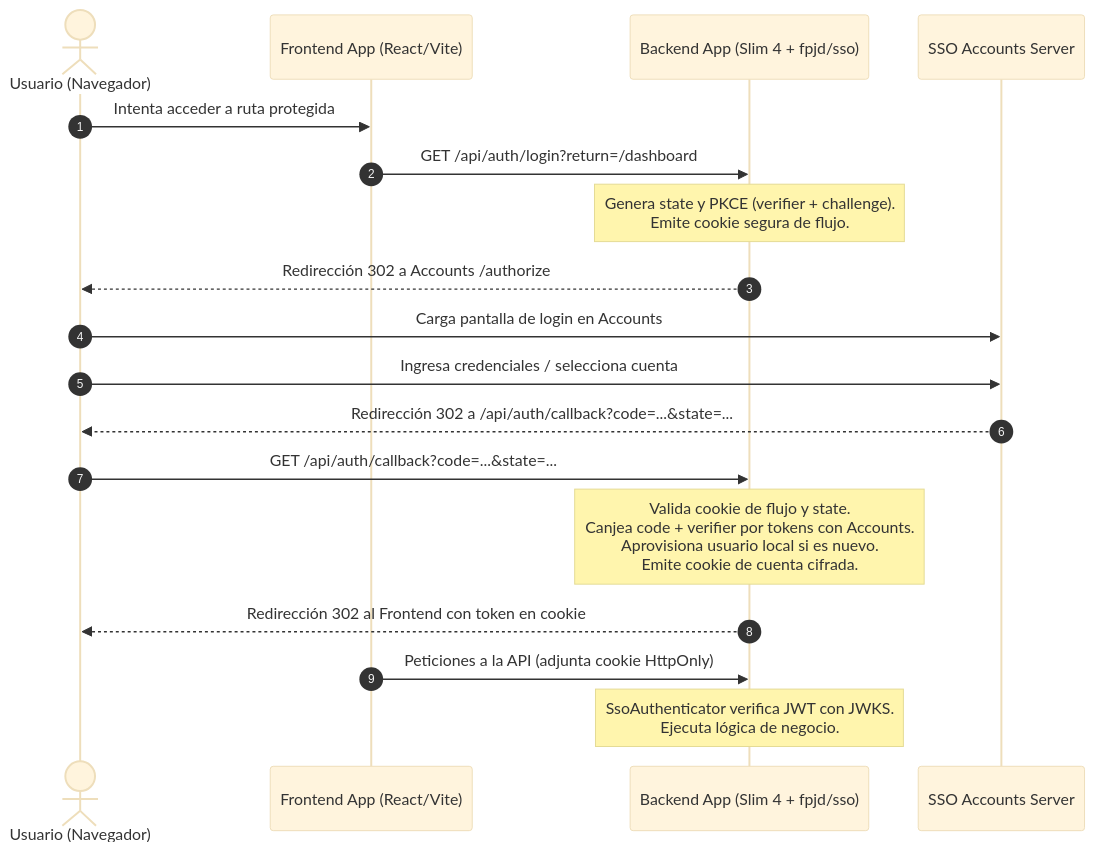
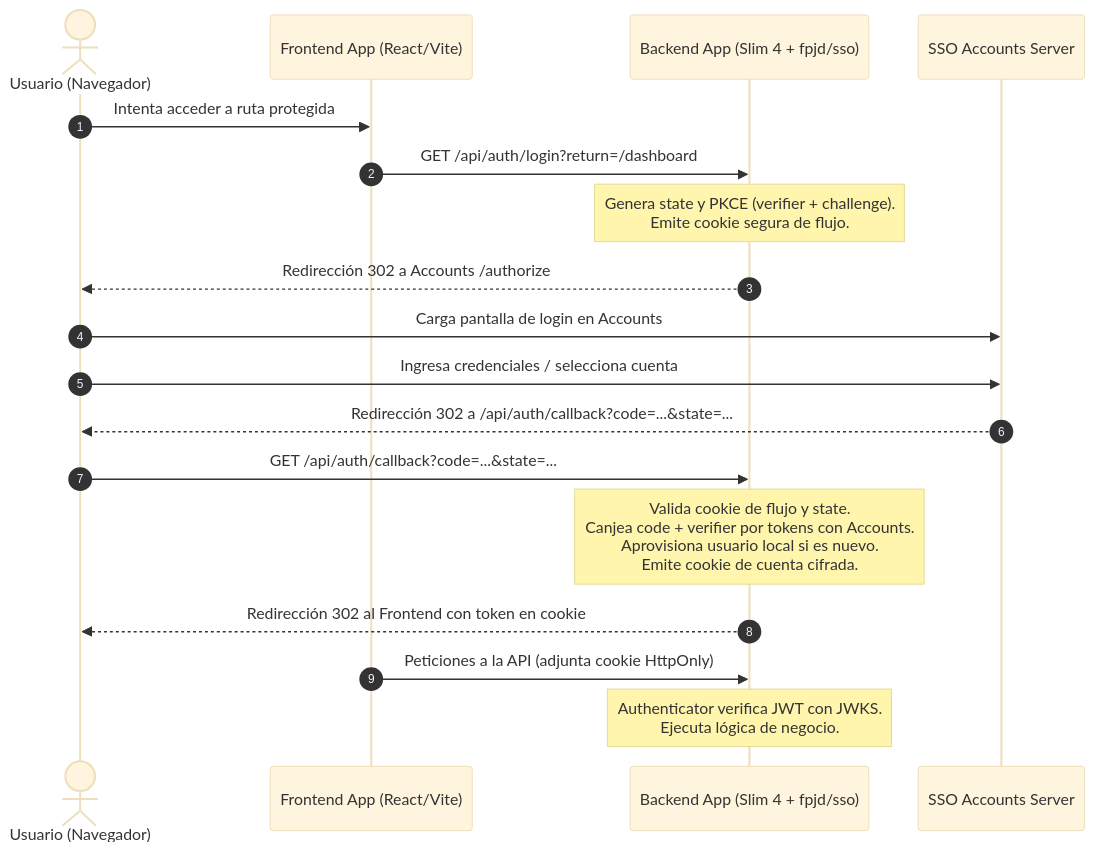
The diagram in docs/index.md (BradMoyetones/sso), drawn with Mermaid (base theme) before and after one commit. The commit also changed other lines of this file and 37 other files, not shown here.

````diff
--- a/docs/index.md
+++ b/docs/index.md
@@ -26,21 +26,21 @@
 ```mermaid
 sequenceDiagram
     autonumber
     actor U as Usuario (Navegador)
     participant F as Frontend App (React/Vite)
     participant B as Backend App (Slim 4 + fpjd/sso)
     participant A as SSO Accounts Server
 
     U->>F: Intenta acceder a ruta protegida
     F->>B: GET /api/auth/login?return=/dashboard
     Note over B: Genera state y PKCE (verifier + challenge).<br/>Emite cookie segura de flujo.
     B-->>U: Redirección 302 a Accounts /authorize
     U->>A: Carga pantalla de login en Accounts
     U->>A: Ingresa credenciales / selecciona cuenta
     A-->>U: Redirección 302 a /api/auth/callback?code=...&state=...
     U->>B: GET /api/auth/callback?code=...&state=...
     Note over B: Valida cookie de flujo y state.<br/>Canjea code + verifier por tokens con Accounts.<br/>Aprovisiona usuario local si es nuevo.<br/>Emite cookie de cuenta cifrada.
     B-->>U: Redirección 302 al Frontend con token en cookie
     F->>B: Peticiones a la API (adjunta cookie HttpOnly)
-    Note over B: SsoAuthenticator verifica JWT con JWKS.<br/>Ejecuta lógica de negocio.
+    Note over B: Authenticator verifica JWT con JWKS.<br/>Ejecuta lógica de negocio.
 ```
````
